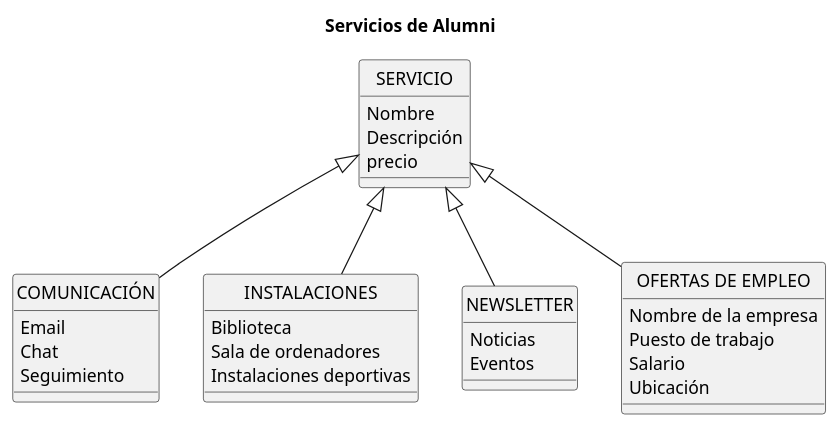
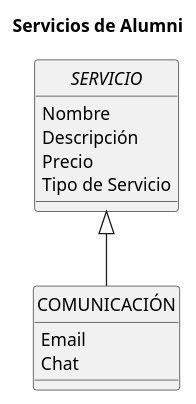
One commit to mmasias/23-24-IdSw1-SDR changed the diagram in Modelo_de_Dominio/Diagramas_de_Clases/Diagramas_Finales/Cuarta_Iteración/Diagrama_de_Servicios/Diagrama_de_Servicios.puml. Above: the diagram before and after it, drawn with PlantUML. The commit also changed 4 other files, not shown here.

```diff
--- a/Modelo_de_Dominio/Diagramas_de_Clases/Diagramas_Finales/Cuarta_Iteración/Diagrama_de_Servicios/Diagrama_de_Servicios.puml
+++ b/Modelo_de_Dominio/Diagramas_de_Clases/Diagramas_Finales/Cuarta_Iteración/Diagrama_de_Servicios/Diagrama_de_Servicios.puml
@@ -1,50 +1,26 @@
 @startuml AlumniModel
 
 title Servicios de Alumni
 
 '!theme amiga
 skinparam backgroundColor white
 skinparam defaultFontName Arial
 hide circle
 
-class SERVICIO 
+abstract SERVICIO 
 {
     Nombre 
     Descripción
-    precio
+    Precio
+    Tipo de Servicio
 }
 
 class COMUNICACIÓN 
 {
     Email
     Chat
-    Seguimiento
-}
-
-class INSTALACIONES 
-{
-    Biblioteca
-    Sala de ordenadores
-    Instalaciones deportivas
-}
-
-class NEWSLETTER 
-{
-    Noticias
-    Eventos
-}
-
-class "OFERTAS DE EMPLEO" 
-{
-    Nombre de la empresa
-    Puesto de trabajo
-    Salario
-    Ubicación
 }
 
 SERVICIO <|-- "COMUNICACIÓN"
-SERVICIO <|-- "INSTALACIONES"
-SERVICIO <|-- "NEWSLETTER"
-SERVICIO <|-- "OFERTAS DE EMPLEO"
 
 @enduml
```
